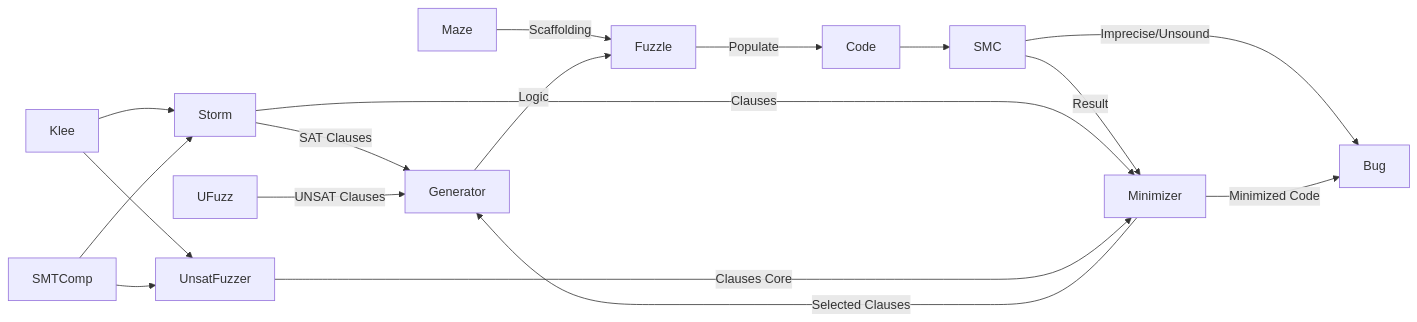
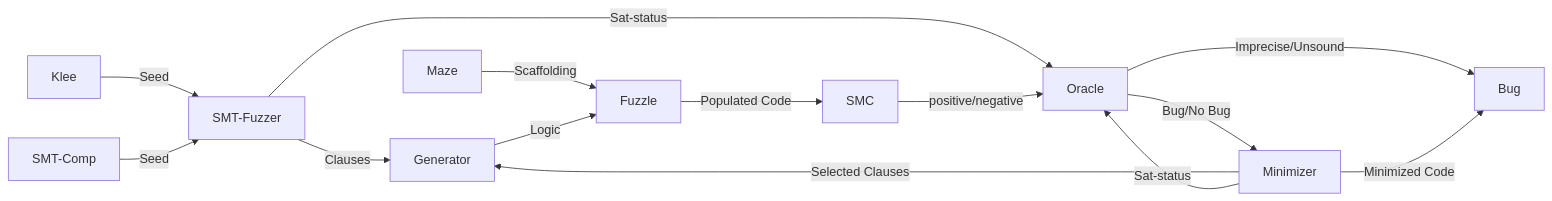
The diagram in README.md (Fleischmaki/Minotaur), drawn with Mermaid before and after one commit.

````diff
--- a/README.md
+++ b/README.md
@@ -6,19 +6,16 @@
 ```mermaid
 flowchart LR
-    Klee --> Storm
-    SMTComp --> Storm
-    Storm --> |SAT Clauses| Generator
-    Klee --> UnsatFuzzer
-    SMTComp --> UnsatFuzzer
-    UFuzz --> |UNSAT Clauses| Generator
+    Klee --> |Seed| SMT-Fuzzer
+    SMT-Comp --> |Seed| SMT-Fuzzer
+    SMT-Fuzzer --> |Clauses| Generator 
+    SMT-Fuzzer --> |Sat-status| Oracle
     Maze --> |Scaffolding| Fuzzle
     Generator --> |Logic| Fuzzle
-    Fuzzle --> |Populate| Code 
-    Code -->  SMC
-    SMC --> |Result| Minimizer
-    SMC --> |Imprecise/Unsound| Bug 
-    Storm --> |Clauses| Minimizer
-    UnsatFuzzer --> |Clauses Core| Minimizer
+    Fuzzle --> |Populated Code | SMC
+    SMC --> |positive/negative| Oracle
+    Oracle --> |Imprecise/Unsound| Bug 
+    Oracle --> |Bug/No Bug| Minimizer
     Minimizer --> | Selected Clauses | Generator
     Minimizer --> | Minimized Code | Bug
+    Minimizer --> |Sat-status| Oracle
 ```
````
